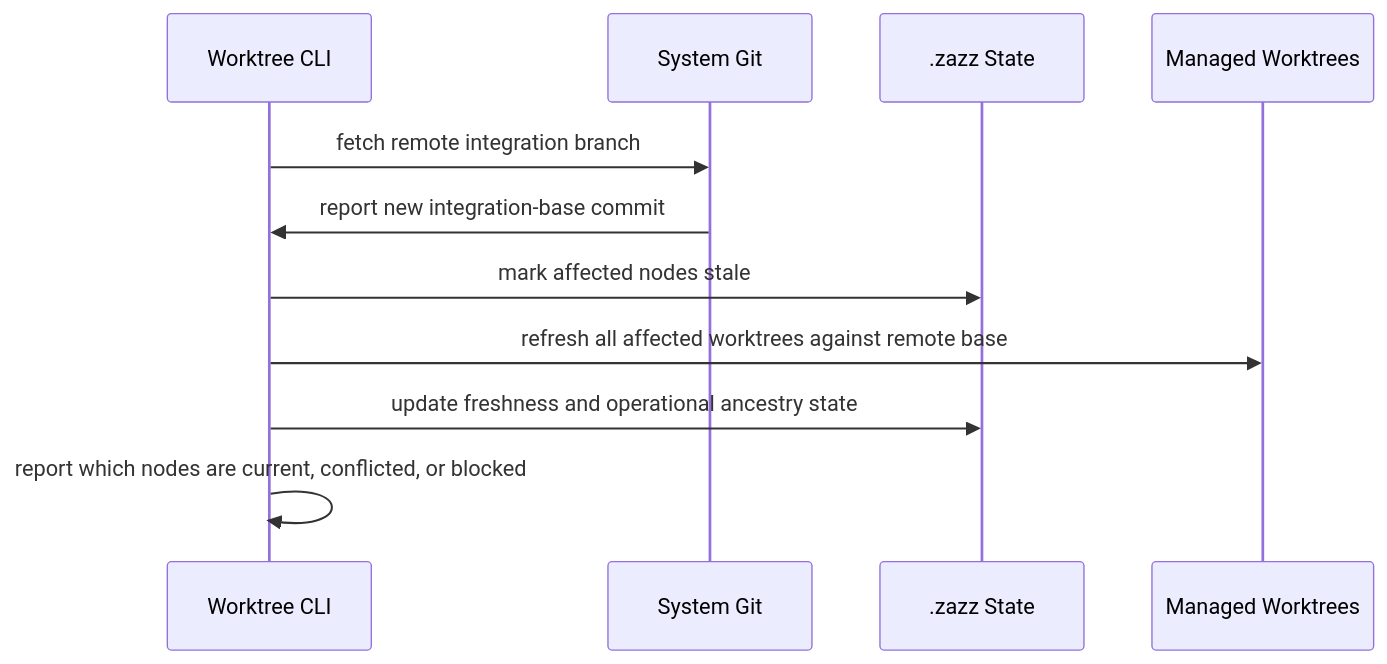
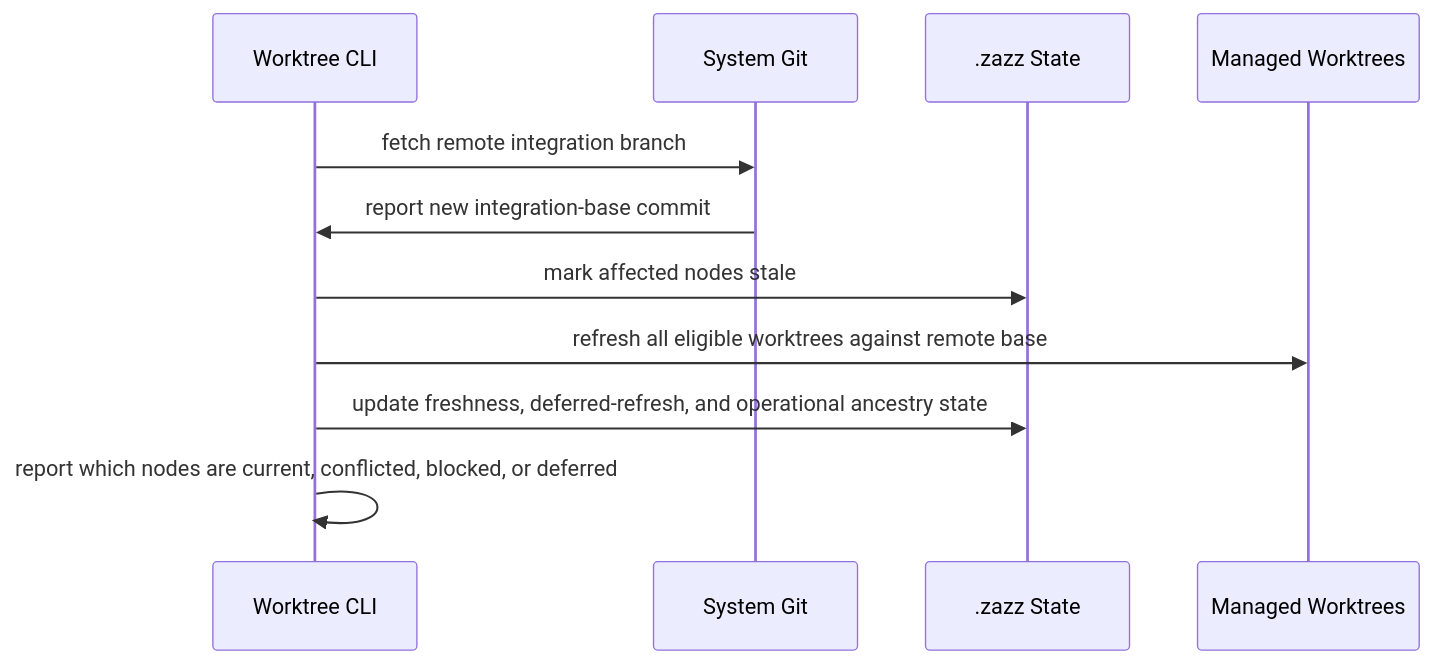
The fourth of 5 diagrams in docs/features/worktree-orchestration-cli.md (zazzcode/zazz), drawn with Mermaid before and after one commit. The commit also changed other lines of this file and 3 other files, not shown here.

````diff
--- a/docs/features/worktree-orchestration-cli.md
+++ b/docs/features/worktree-orchestration-cli.md
@@ -113,14 +113,14 @@
 ```mermaid
 sequenceDiagram
     participant CLI as Worktree CLI
     participant GIT as System Git
     participant DAG as .zazz State
     participant WT as Managed Worktrees
 
     CLI->>GIT: fetch remote integration branch
     GIT->>CLI: report new integration-base commit
     CLI->>DAG: mark affected nodes stale
-    CLI->>WT: refresh all affected worktrees against remote base
-    CLI->>DAG: update freshness and operational ancestry state
-    CLI->>CLI: report which nodes are current, conflicted, or blocked
+    CLI->>WT: refresh all eligible worktrees against remote base
+    CLI->>DAG: update freshness, deferred-refresh, and operational ancestry state
+    CLI->>CLI: report which nodes are current, conflicted, blocked, or deferred
 ```
````
